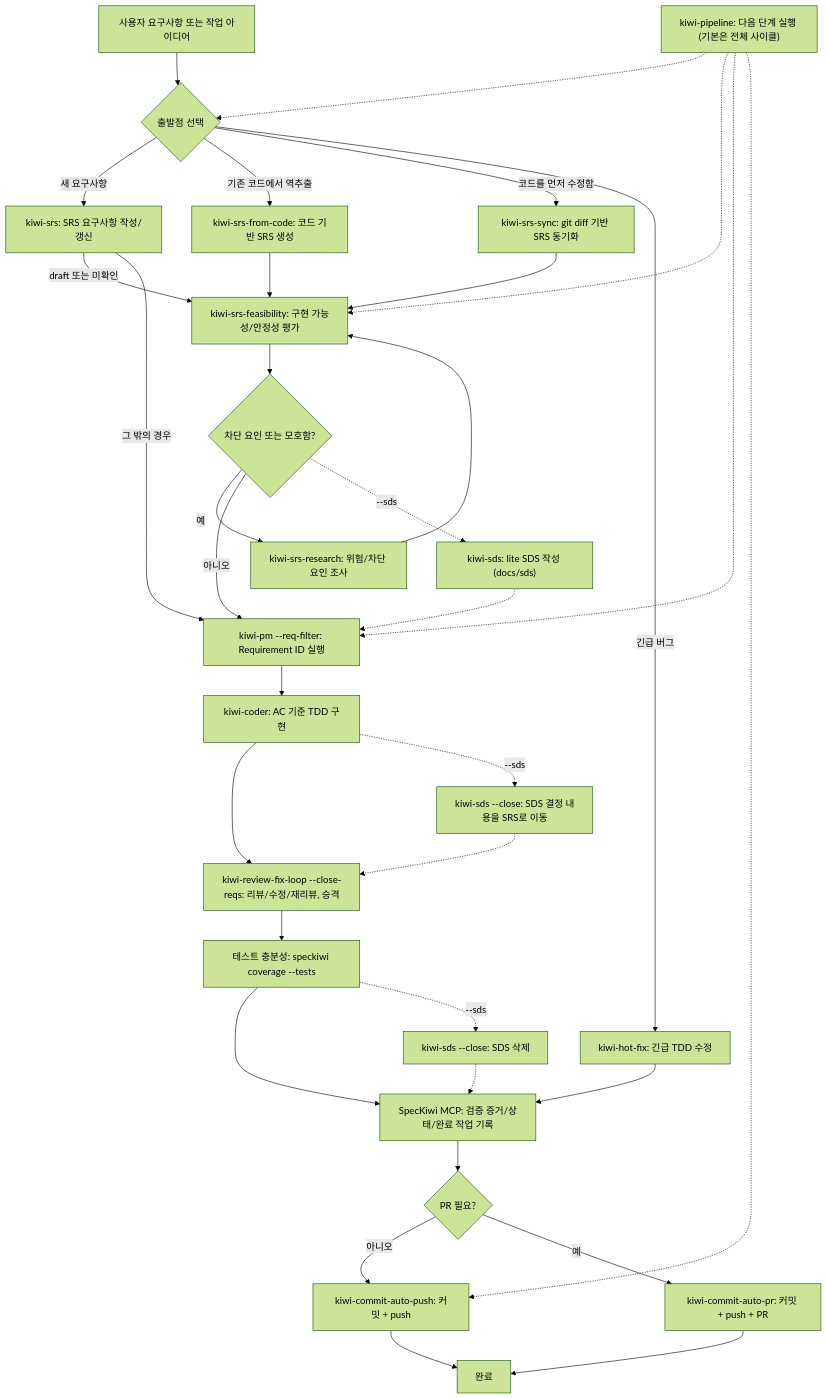
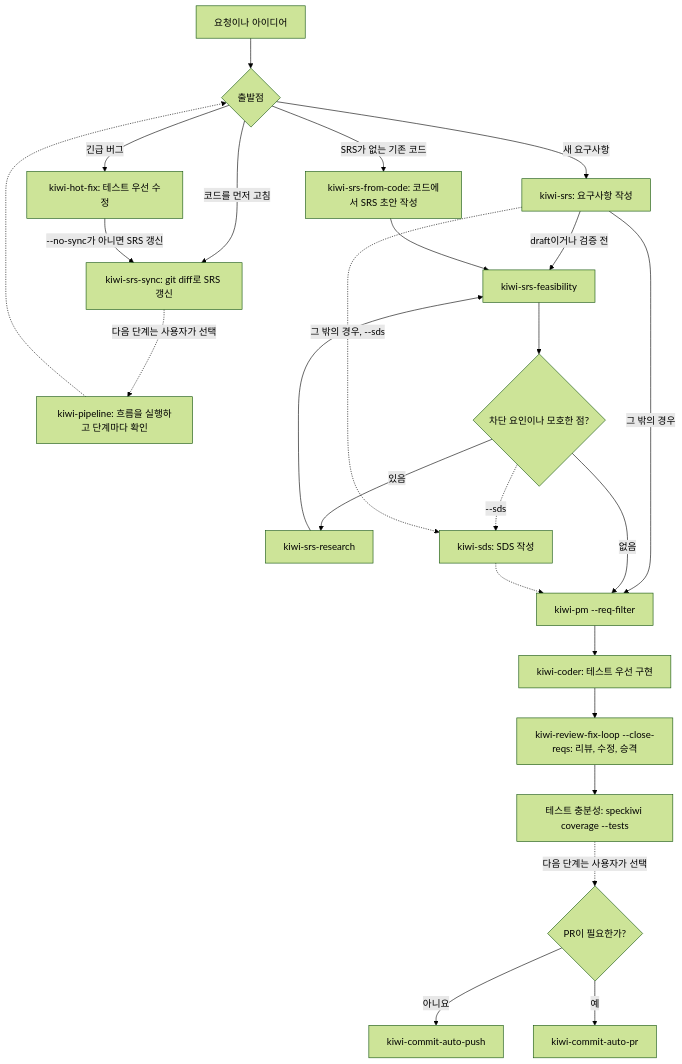
Before and after one commit to Snoworca/speckiwi: the second of 2 diagrams in README.md, drawn with Mermaid (forest theme). The commit also changed other lines of this file, not shown here.

````diff
--- a/README.md
+++ b/README.md
@@ -1435,40 +1132,31 @@
 ```mermaid
 flowchart TD
-    A["사용자 요구사항 또는 작업 아이디어"] --> B{"출발점 선택"}
-    B -->|새 요구사항| C["kiwi-srs: SRS 요구사항 작성/갱신"]
-    B -->|기존 코드에서 역추출| D["kiwi-srs-from-code: 코드 기반 SRS 생성"]
-    B -->|코드를 먼저 수정함| E["kiwi-srs-sync: git diff 기반 SRS 동기화"]
-    B -->|긴급 버그| Q["kiwi-hot-fix: 긴급 TDD 수정"]
+    A["요청이나 아이디어"] --> B{"출발점"}
+    B -->|새 요구사항| C["kiwi-srs: 요구사항 작성"]
+    B -->|SRS가 없는 기존 코드| D["kiwi-srs-from-code: 코드에서 SRS 초안 작성"]
+    B -->|코드를 먼저 고침| E["kiwi-srs-sync: git diff로 SRS 갱신"]
+    B -->|긴급 버그| Q["kiwi-hot-fix: 테스트 우선 수정"]
 
-    C -->|draft 또는 미확인| F["kiwi-srs-feasibility: 구현 가능성/안정성 평가"]
+    C -->|draft이거나 검증 전| F["kiwi-srs-feasibility"]
     C -->|그 밖의 경우| J
     D --> F
-    E --> F
-    Q --> M
+    Q -->|"--no-sync가 아니면 SRS 갱신"| E
+    E -.->|"다음 단계는 사용자가 선택"| P
 
-    F --> G{"차단 요인 또는 모호함?"}
-    G -->|예| H["kiwi-srs-research: 위험/차단 요인 조사"]
+    F --> G{"차단 요인이나 모호한 점?"}
+    G -->|있음| H["kiwi-srs-research"]
     H --> F
-    G -->|아니오| J["kiwi-pm --req-filter: Requirement ID 실행"]
-    G -.->|"--sds"| I["kiwi-sds: lite SDS 작성 (docs/sds)"]
+    G -->|없음| J["kiwi-pm --req-filter"]
+    G -.->|"--sds"| I["kiwi-sds: SDS 작성"]
     I -.-> J
+    C -.->|"그 밖의 경우, --sds"| I
 
-    J --> K["kiwi-coder: AC 기준 TDD 구현"]
-    K --> R["kiwi-review-fix-loop --close-reqs: 리뷰/수정/재리뷰, 승격"]
-    K -.->|"--sds"| X["kiwi-sds --close: SDS 결정 내용을 SRS로 이동"]
-    X -.-> R
+    J --> K["kiwi-coder: 테스트 우선 구현"]
+    K --> R["kiwi-review-fix-loop --close-reqs: 리뷰, 수정, 승격"]
     R --> V["테스트 충분성: speckiwi coverage --tests"]
-    V --> M["SpecKiwi MCP: 검증 증거/상태/완료 작업 기록"]
-    V -.->|"--sds"| Y["kiwi-sds --close: SDS 삭제"]
-    Y -.-> M
-    M --> S{"PR 필요?"}
-    S -->|아니오| N["kiwi-commit-auto-push: 커밋 + push"]
-    S -->|예| T["kiwi-commit-auto-pr: 커밋 + push + PR"]
-    N --> O["완료"]
-    T --> O
+    V -.->|"다음 단계는 사용자가 선택"| S{"PR이 필요한가?"}
+    S -->|아니요| N["kiwi-commit-auto-push"]
+    S -->|예| T["kiwi-commit-auto-pr"]
 
-    P["kiwi-pipeline: 다음 단계 실행 (기본은 전체 사이클)"] -.-> B
-    P -.-> F
-    P -.-> J
-    P -.-> N
+    P["kiwi-pipeline: 흐름을 실행하고 단계마다 확인"] -.-> B
 ```
````
